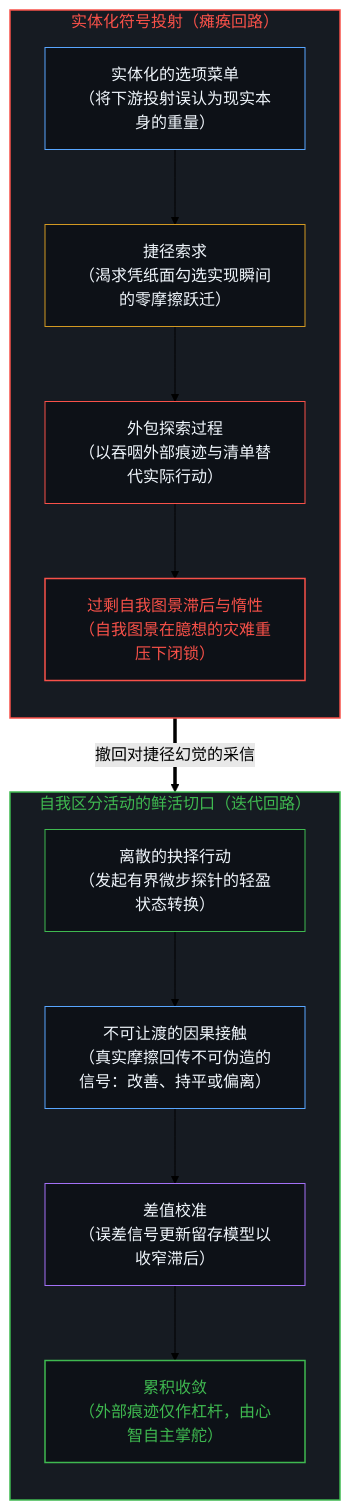
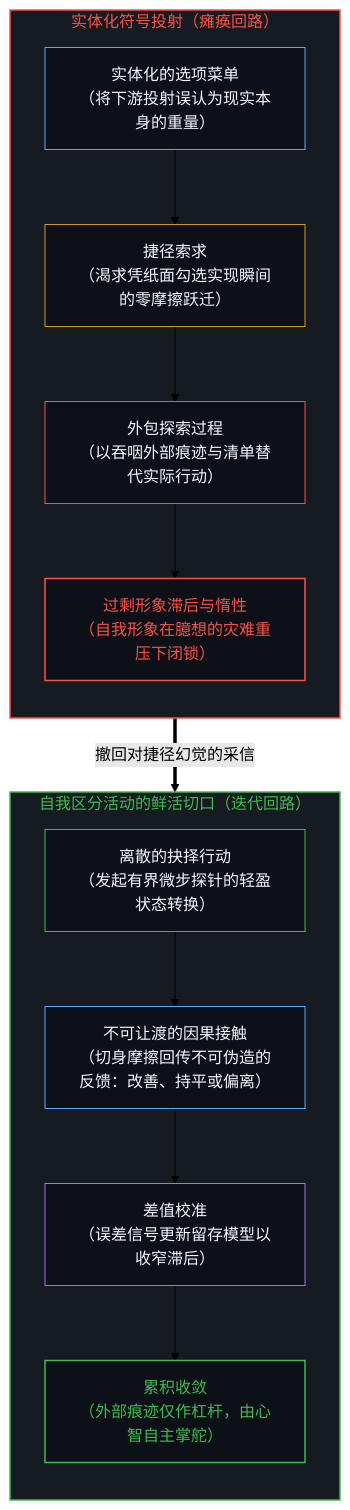
One commit to powerpig99/not-a-toe changed the first of 2 diagrams in content/posts/choice-itself-has-no-inherent-weight.md. Above: the diagram before and after it, drawn with Mermaid (forest theme). The commit also changed other lines of this file and 5 other files, not shown here.

````diff
--- a/content/posts/choice-itself-has-no-inherent-weight.md
+++ b/content/posts/choice-itself-has-no-inherent-weight.md
@@ -21,33 +21,30 @@
 ```mermaid
 flowchart TD
     subgraph S_Projection["实体化符号投射（瘫痪回路）"]
         direction TB
         P_Menu["实体化的选项菜单<br/>（将下游投射误认为现实本身的重量）"]
         P_Demand["捷径索求<br/>（渴求凭纸面勾选实现瞬间的零摩擦跃迁）"]
         P_Outsource["外包探索过程<br/>（以吞咽外部痕迹与清单替代实际行动）"]
-        P_Stall["过剩自我图景滞后与惰性<br/>（自我图景在臆想的灾难重压下闭锁）"]
+        P_Stall["过剩形象滞后与惰性<br/>（自我形象在臆想的灾难重压下闭锁）"]
         P_Menu --> P_Demand --> P_Outsource --> P_Stall
     end
-
     subgraph S_Edge["自我区分活动的鲜活切口（迭代回路）"]
         direction TB
         E_Act["离散的抉择行动<br/>（发起有界微步探针的轻盈状态转换）"]
-        E_Contact["不可让渡的因果接触<br/>（真实摩擦回传不可伪造的信号：改善、持平或偏离）"]
+        E_Contact["不可让渡的因果接触<br/>（切身摩擦回传不可伪造的反馈：改善、持平或偏离）"]
         E_Gradient["差值校准<br/>（误差信号更新留存模型以收窄滞后）"]
         E_Converge["累积收敛<br/>（外部痕迹仅作杠杆，由心智自主掌舵）"]
         E_Act --> E_Contact --> E_Gradient --> E_Converge
     end
-
     P_Stall ==>|"撤回对捷径幻觉的采信"| E_Act
-
     style S_Projection fill:#161b22,stroke:#f85149,stroke-width:1.5px,color:#f85149
     style S_Edge fill:#161b22,stroke:#3fb950,stroke-width:1.5px,color:#3fb950
     style P_Menu fill:#0d1117,stroke:#58a6ff,stroke-width:1px,color:#f0f6fc
     style P_Demand fill:#0d1117,stroke:#d29922,stroke-width:1px,color:#f0f6fc
     style P_Outsource fill:#0d1117,stroke:#f85149,stroke-width:1px,color:#f0f6fc
     style P_Stall fill:#0d1117,stroke:#f85149,stroke-width:1.5px,color:#f85149
     style E_Act fill:#0d1117,stroke:#3fb950,stroke-width:1px,color:#f0f6fc
     style E_Contact fill:#0d1117,stroke:#58a6ff,stroke-width:1px,color:#f0f6fc
     style E_Gradient fill:#0d1117,stroke:#a371f7,stroke-width:1px,color:#f0f6fc
     style E_Converge fill:#0d1117,stroke:#3fb950,stroke-width:1.5px,color:#3fb950
 ```
````
